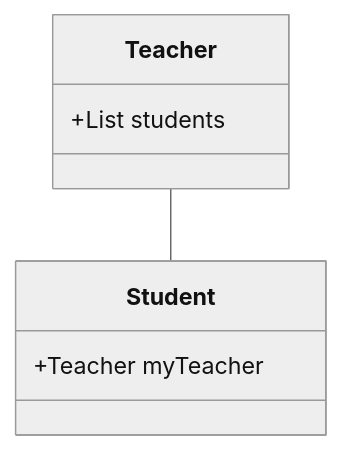
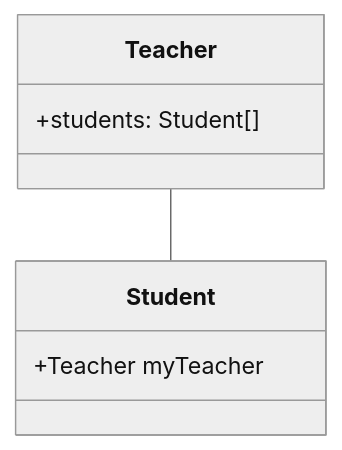
The diagram in src/site/notes/hello.md (sl4shuur/obs-notes-digitalgarden), drawn with Mermaid (neutral theme) before and after one commit. The commit also changed other lines of this file, not shown here.

Commit message:
Update content src/site/notes/hello.md

````diff
--- a/src/site/notes/hello.md
+++ b/src/site/notes/hello.md
@@ -10,11 +10,11 @@
 ```mermaid
 classDiagram
     Teacher -- Student
 
     class Student{
         +Teacher myTeacher
     }
     class Teacher{
-        +List<Student> students
+        +students: Student[]
     }
 ```
````
